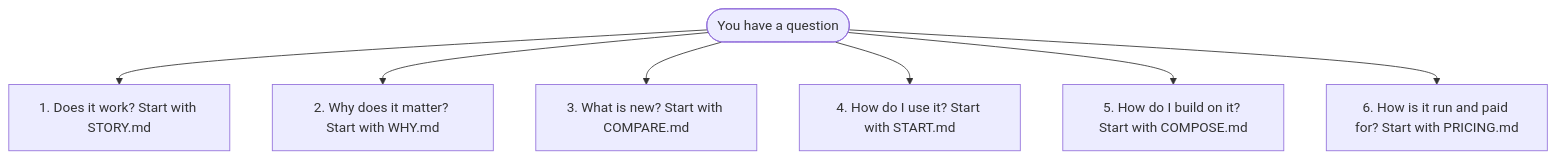
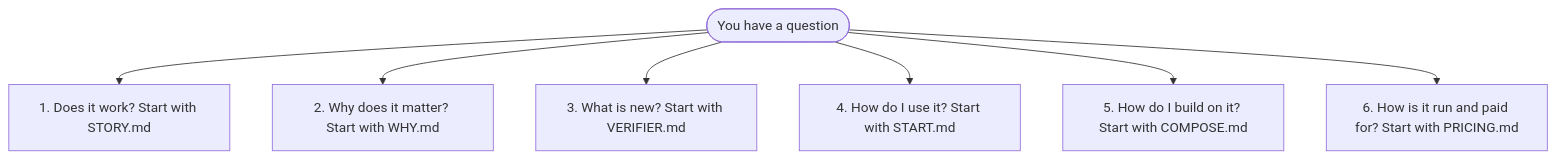
Before and after one commit to Lucho-design1/Knos: the diagram in docs/reference/README.md, drawn with Mermaid. The commit also changed other lines of this file and 449 other files, not shown here.

````diff
--- a/docs/reference/README.md
+++ b/docs/reference/README.md
@@ -7,16 +7,16 @@
 ```mermaid
 flowchart TB
     you(["You have a question"])
     q1["1. Does it work? Start with STORY.md"]
     q2["2. Why does it matter? Start with WHY.md"]
-    q3["3. What is new? Start with COMPARE.md"]
+    q3["3. What is new? Start with VERIFIER.md"]
     q4["4. How do I use it? Start with START.md"]
     q5["5. How do I build on it? Start with COMPOSE.md"]
     q6["6. How is it run and paid for? Start with PRICING.md"]
     you --> q1
     you --> q2
     you --> q3
     you --> q4
     you --> q5
     you --> q6
 ```
````
